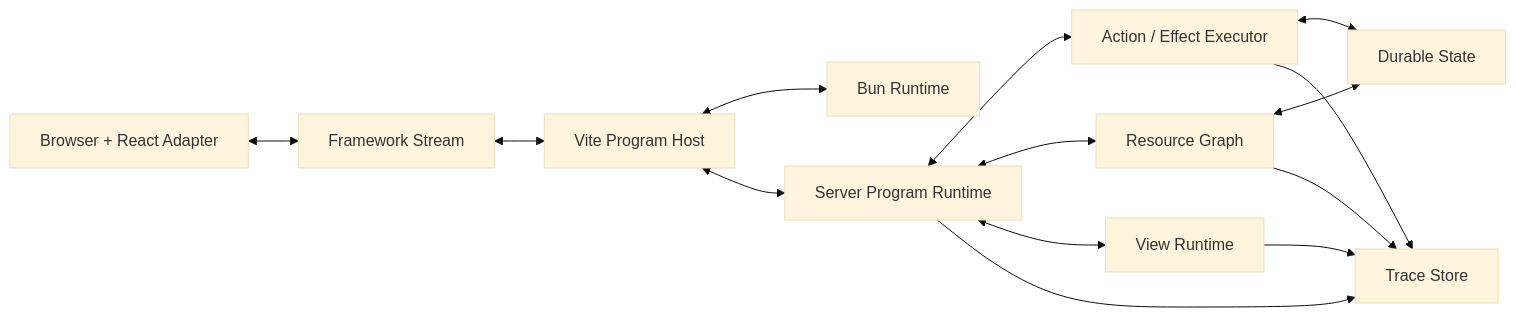
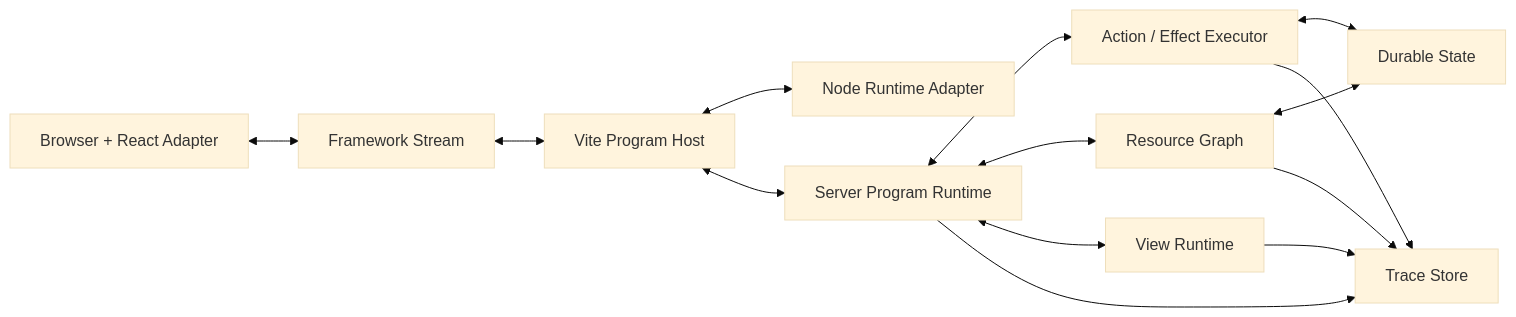
Before and after one commit to rzxx/stupid-fp-framework: the diagram in docs/design/runtime.md, drawn with Mermaid (base theme). The commit also changed other lines of this file and 19 other files, not shown here.

````diff
--- a/docs/design/runtime.md
+++ b/docs/design/runtime.md
@@ -9,27 +9,27 @@
 ```mermaid
 flowchart LR
   Browser["Browser + React Adapter"]
   Stream["Framework Stream"]
   Host["Vite Program Host"]
-  Bun["Bun Runtime"]
+  Node["Node Runtime Adapter"]
   Runtime["Server Program Runtime"]
   Actions["Action / Effect Executor"]
   Resources["Resource Graph"]
   Views["View Runtime"]
   Trace["Trace Store"]
   Durable["Durable State"]
 
   Browser <--> Stream
   Stream <--> Host
-  Host <--> Bun
+  Host <--> Node
   Host <--> Runtime
   Runtime <--> Actions
   Runtime <--> Resources
   Runtime <--> Views
   Actions <--> Durable
   Resources <--> Durable
   Runtime --> Trace
   Actions --> Trace
   Resources --> Trace
   Views --> Trace
 ```
````
